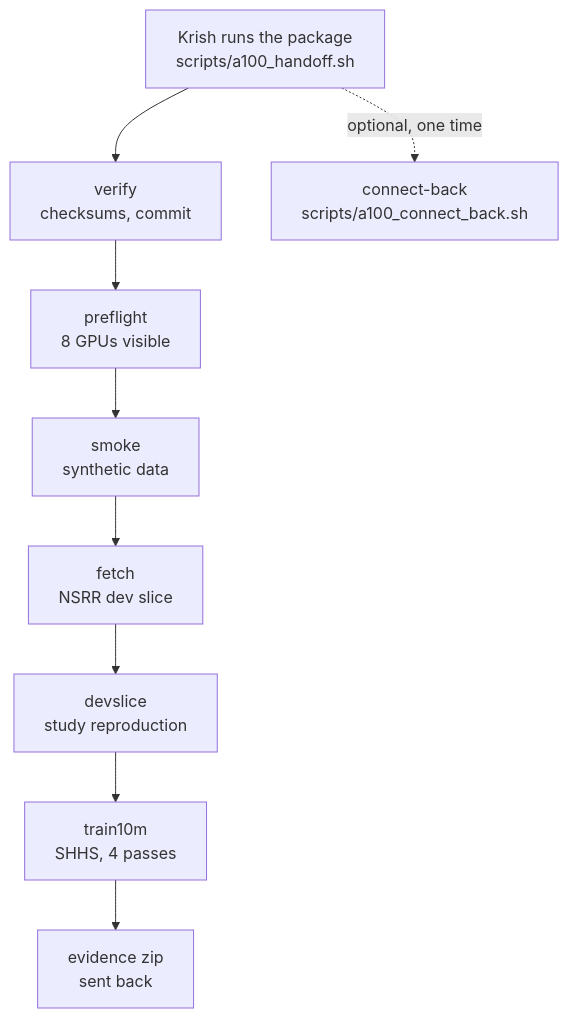
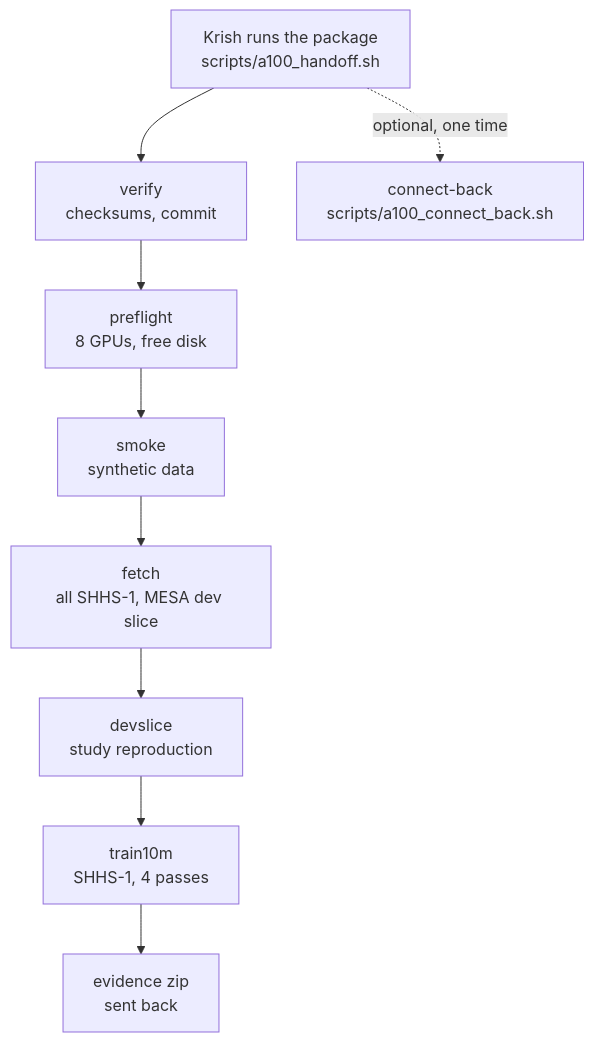
The diagram in docs/handoff_flow.mmd (Kahlus-Technologies/Kahlus-V2), drawn with Mermaid before and after one commit. The commit also changed 6 other files, not shown here.

First line of the commit message:
Fetch all of SHHS-1 for the 10M point and harden the evidence zip

```diff
--- a/docs/handoff_flow.mmd
+++ b/docs/handoff_flow.mmd
@@ -1,9 +1,9 @@
 flowchart TD
   K[Krish runs the package<br/>scripts/a100_handoff.sh] --> V[verify<br/>checksums, commit]
-  V --> P[preflight<br/>8 GPUs visible]
+  V --> P[preflight<br/>8 GPUs, free disk]
   P --> S[smoke<br/>synthetic data]
-  S --> F[fetch<br/>NSRR dev slice]
+  S --> F[fetch<br/>all SHHS-1, MESA dev slice]
   F --> D[devslice<br/>study reproduction]
-  D --> T[train10m<br/>SHHS, 4 passes]
+  D --> T[train10m<br/>SHHS-1, 4 passes]
   T --> E[evidence zip<br/>sent back]
   K -. optional, one time .-> C[connect-back<br/>scripts/a100_connect_back.sh]
```
